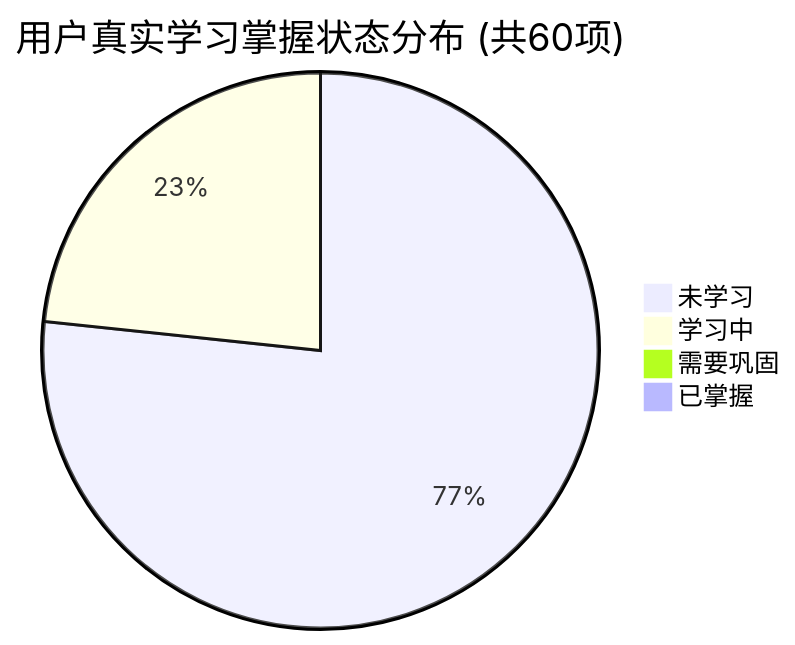
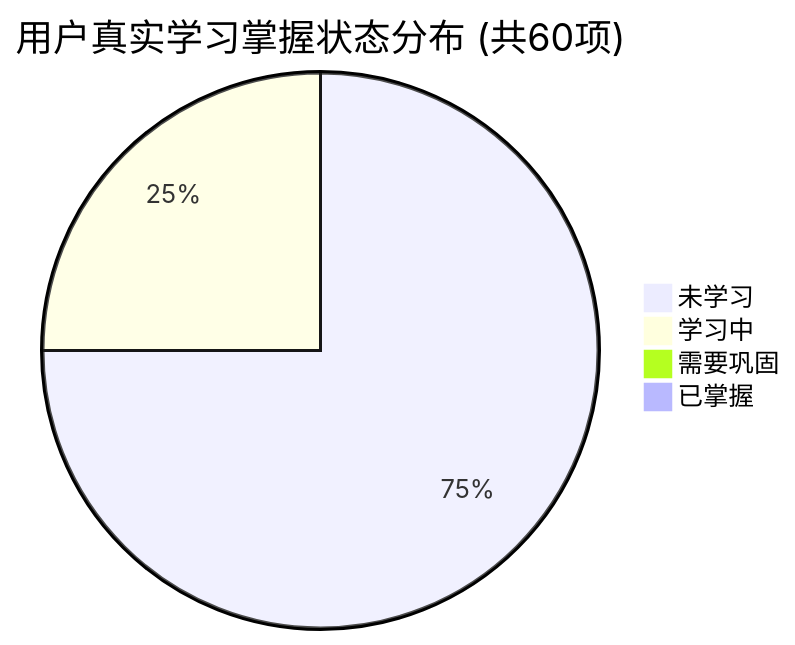
One commit to tieke1121/tech-interview-knowledge-base changed the first of 2 diagrams in PROGRESS.md. Above: the diagram before and after it, drawn with Mermaid. The commit also changed other lines of this file and 1 other file, not shown here.

````diff
--- a/PROGRESS.md
+++ b/PROGRESS.md
@@ -27,7 +27,7 @@
 ```mermaid
 pie title 用户真实学习掌握状态分布 (共60项)
-    "未学习" : 46
-    "学习中" : 14
+    "未学习" : 45
+    "学习中" : 15
     "需要巩固" : 0
     "已掌握" : 0
 ```
````
